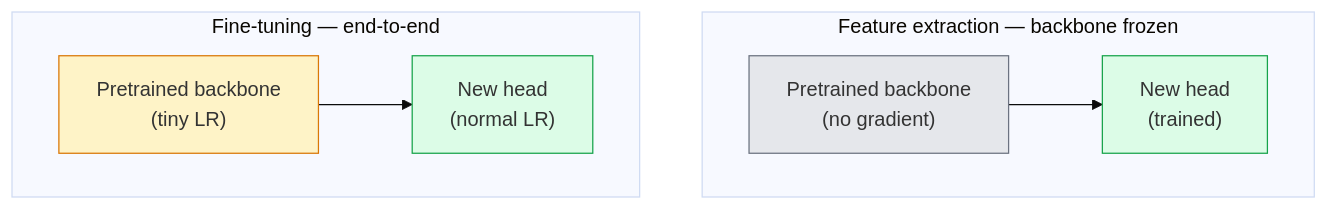
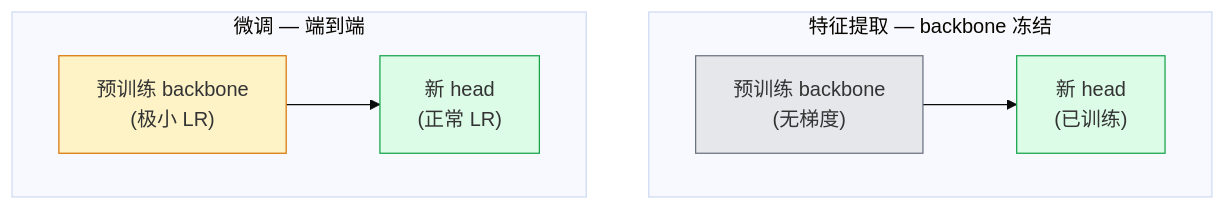
Before and after one commit to guangningsun/ailearning: the diagram in lessons/04-computer-vision/05-transfer-learning/docs/zh.md, drawn with Mermaid (base theme). The commit also changed other lines of this file and 29 other files, not shown here.

````diff
--- a/lessons/04-computer-vision/05-transfer-learning/docs/zh.md
+++ b/lessons/04-computer-vision/05-transfer-learning/docs/zh.md
@@ -31,14 +31,14 @@
 ```mermaid
 flowchart TB
-    subgraph FE["Feature extraction — backbone frozen"]
-        FE1["Pretrained backbone<br/>(no gradient)"] --> FE2["New head<br/>(trained)"]
+    subgraph FE["特征提取 — backbone 冻结"]
+        FE1["预训练 backbone<br/>(无梯度)"] --> FE2["新 head<br/>(已训练)"]
     end
-    subgraph FT["Fine-tuning — end-to-end"]
-        FT1["Pretrained backbone<br/>(tiny LR)"] --> FT2["New head<br/>(normal LR)"]
+    subgraph FT["微调 — 端到端"]
+        FT1["预训练 backbone<br/>(极小 LR)"] --> FT2["新 head<br/>(正常 LR)"]
     end
 
     style FE1 fill:#e5e7eb,stroke:#6b7280
     style FE2 fill:#dcfce7,stroke:#16a34a
     style FT1 fill:#fef3c7,stroke:#d97706
     style FT2 fill:#dcfce7,stroke:#16a34a
 ```
````
